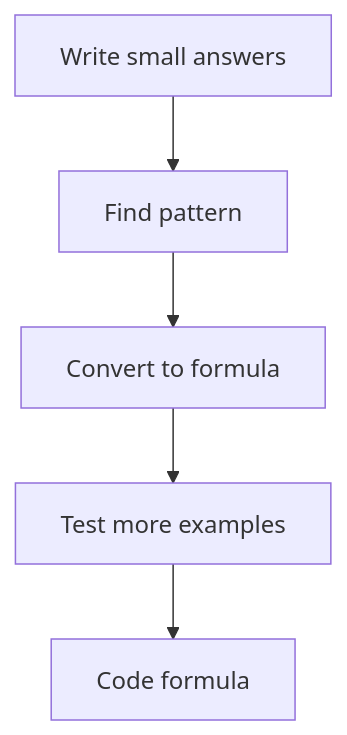
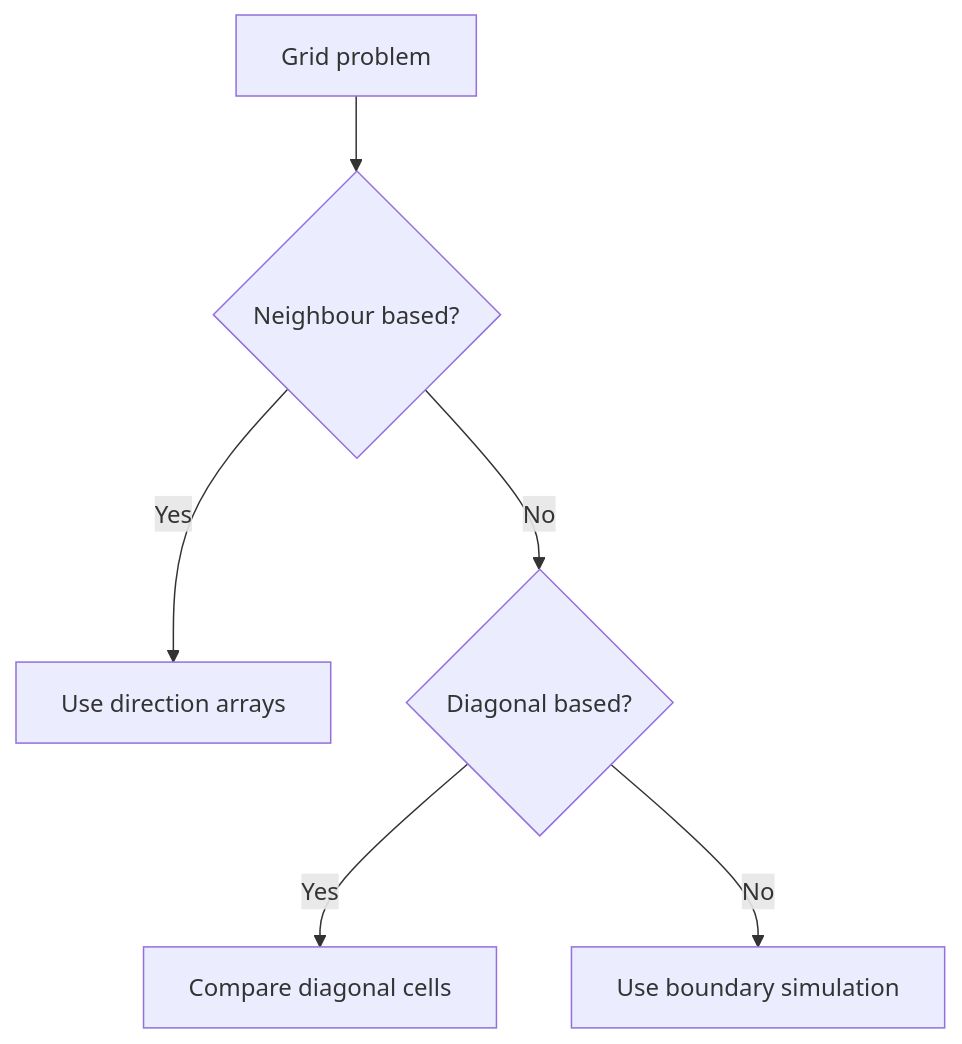
Diagram 15 of 23 in CP_DSA_NOTES/001_TOPIC_WISE/013_ADHOC_PROBLEMS.md (mthaiseer/springcloud-systemdesign-notes), drawn with Mermaid before and after one commit. The commit also changed other lines of this file and 1 other file, not shown here.

````diff
--- a/CP_DSA_NOTES/001_TOPIC_WISE/013_ADHOC_PROBLEMS.md
+++ b/CP_DSA_NOTES/001_TOPIC_WISE/013_ADHOC_PROBLEMS.md
@@ -1351,7 +1214,8 @@
 ```mermaid
 flowchart TD
-    A["Write small answers"] --> B["Find pattern"]
-    B --> C["Convert to formula"]
-    C --> D["Test more examples"]
-    D --> E["Code formula"]
+    A["Grid problem"] --> B{"Neighbour based?"}
+    B -->|Yes| C["Use direction arrays"]
+    B -->|No| D{"Diagonal based?"}
+    D -->|Yes| E["Compare diagonal cells"]
+    D -->|No| F["Use boundary simulation"]
 ```
````
